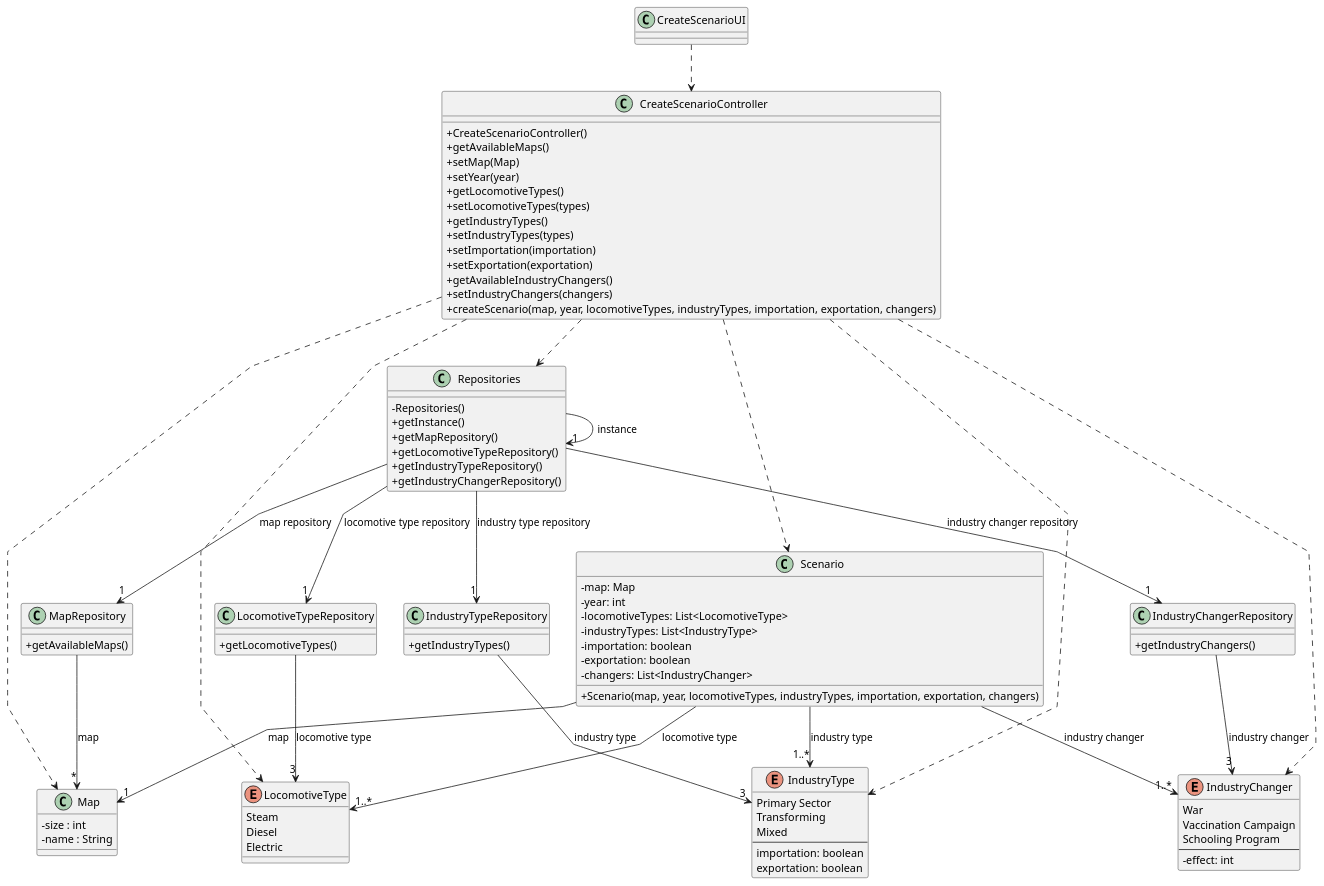
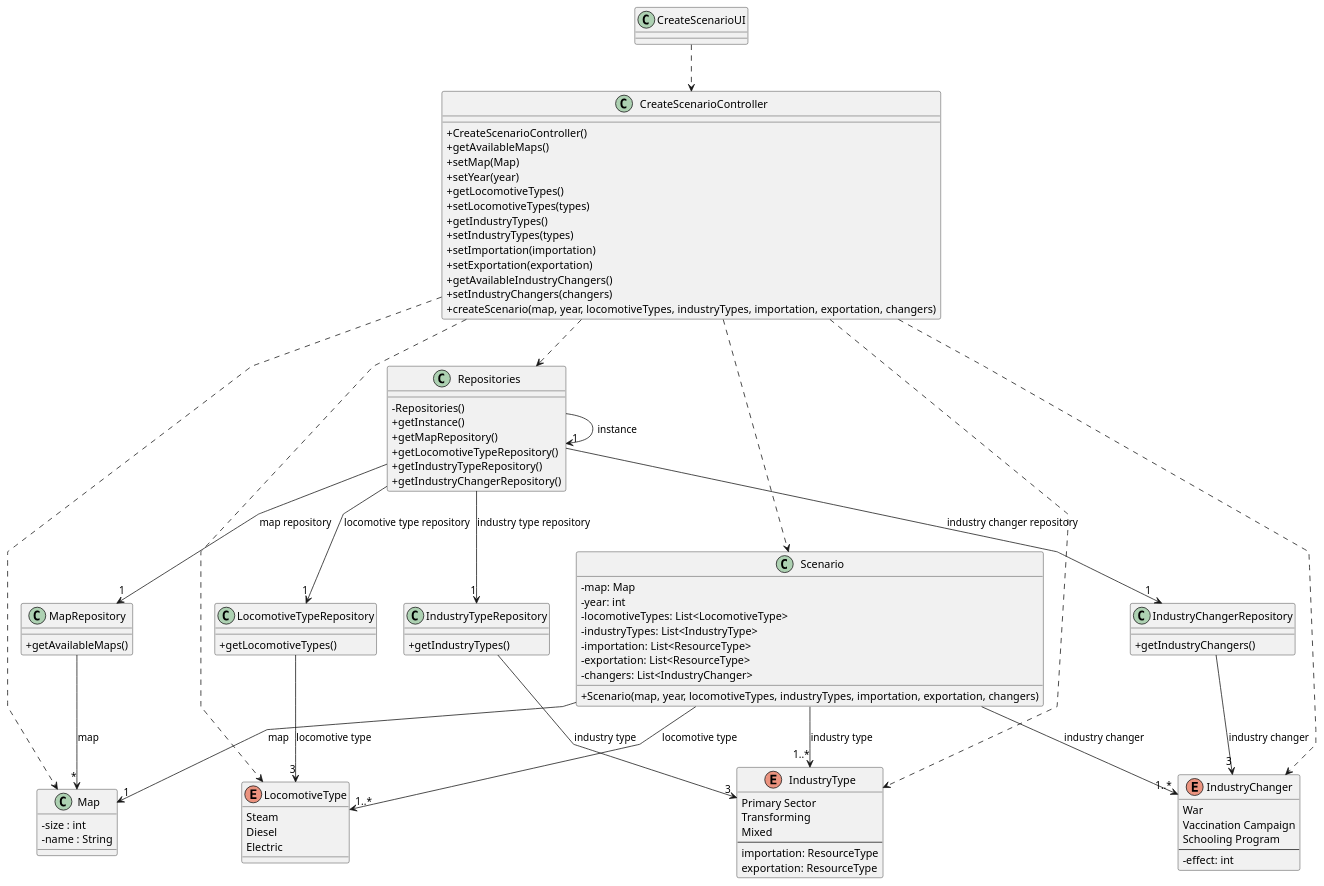
One commit to 1240935/pi2-railway-simulator changed the diagram in Sprint2/US004/03.design/puml/US004-CD.puml. Above: the diagram before and after it, drawn with PlantUML. The commit also changed 6 other files, not shown here.

```diff
--- a/Sprint2/US004/03.design/puml/US004-CD.puml
+++ b/Sprint2/US004/03.design/puml/US004-CD.puml
@@ -1,124 +1,124 @@
     @startuml
     'skinparam monochrome true
     skinparam packageStyle rectangle
     skinparam shadowing false
     skinparam linetype polyline
     'skinparam linetype orto
 
     skinparam classAttributeIconSize 0
 
     'left to right direction
 
     class CreateScenarioUI{
     }
 
     class CreateScenarioController {
         +CreateScenarioController()
         +getAvailableMaps()
         +setMap(Map)
         +setYear(year)
         +getLocomotiveTypes()
         +setLocomotiveTypes(types)
         +getIndustryTypes()
         +setIndustryTypes(types)
         +setImportation(importation)
         +setExportation(exportation)
         +getAvailableIndustryChangers()
         +setIndustryChangers(changers)
         +createScenario(map, year, locomotiveTypes, industryTypes, importation, exportation, changers)
 
     }
 
     class Repositories {
             -Repositories()
             +getInstance()
             +getMapRepository()
             +getLocomotiveTypeRepository()
             +getIndustryTypeRepository()
             +getIndustryChangerRepository()
     }
 
     class MapRepository {
             +getAvailableMaps()
         }
 
     class LocomotiveTypeRepository {
           +getLocomotiveTypes()
     }
 
     class IndustryTypeRepository {
           +getIndustryTypes()
     }
 
     class IndustryChangerRepository {
           +getIndustryChangers()
     }
 
      class Scenario {
        -map: Map
        -year: int
        -locomotiveTypes: List<LocomotiveType>
        -industryTypes: List<IndustryType>
-       -importation: boolean
-       -exportation: boolean
+       -importation: List<ResourceType>
+       -exportation: List<ResourceType>
        -changers: List<IndustryChanger>
        +Scenario(map, year, locomotiveTypes, industryTypes, importation, exportation, changers)
      }
 
         class Map{
         - size : int
         - name : String
         }
 
         enum LocomotiveType{
             Steam
             Diesel
             Electric
         }
 
         enum IndustryType{
             Primary Sector
             Transforming
             Mixed
             --
-            importation: boolean
-            exportation: boolean
+            importation: ResourceType
+            exportation: ResourceType
         }
      
         enum IndustryChanger{
             War
             Vaccination Campaign
             Schooling Program
             --
             -effect: int
         }
 
 
     CreateScenarioUI ..> CreateScenarioController
 
     CreateScenarioController ..> Scenario
     CreateScenarioController ..> Repositories
 
     Repositories -> "1" Repositories : instance
     Repositories --> "1" MapRepository: map repository
     Repositories --> "1" LocomotiveTypeRepository : locomotive type repository
     Repositories --> "1" IndustryTypeRepository : industry type repository
     Repositories --> "1" IndustryChangerRepository : industry changer repository
 
     MapRepository --> "*" Map : map
     LocomotiveTypeRepository --> "3" LocomotiveType : locomotive type
     IndustryTypeRepository --> "3" IndustryType : industry type
     IndustryChangerRepository --> "3" IndustryChanger : industry changer
 
     Scenario --> "1" Map : map
     Scenario --> "1..*" LocomotiveType: locomotive type
     Scenario --> "1..*" IndustryChanger : industry changer
     Scenario --> "1..*" IndustryType: industry type
 
     CreateScenarioController ..> Map
     CreateScenarioController ..> LocomotiveType
     CreateScenarioController ..> IndustryType
     CreateScenarioController ..> IndustryChanger
 
 
     @enduml
```
